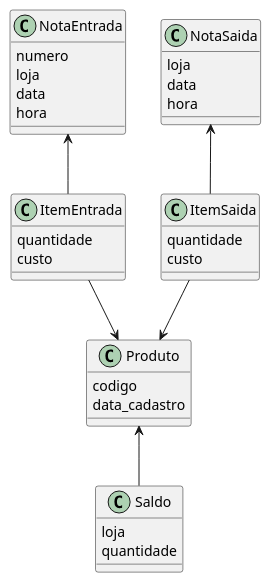
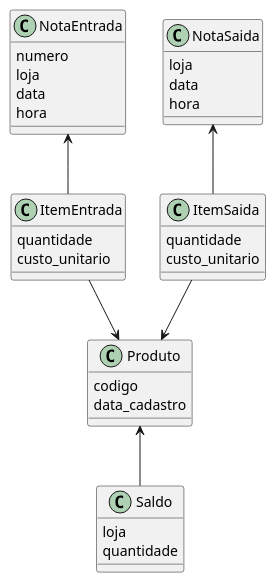
The diagram in diagramas/modelo.puml (ivaneyvieira/engEstoque-Archive), drawn with PlantUML before and after one commit.

Commit message:
Diagrama modelo

```diff
--- a/diagramas/modelo.puml
+++ b/diagramas/modelo.puml
@@ -1,40 +1,40 @@
 @startuml modelo
 class Produto{
 	codigo
 	data_cadastro
 }
 
 class ItemEntrada{
 	quantidade
-	custo
+	custo_unitario
 }
 
 class NotaEntrada{
 	numero
 	loja
 	data
 	hora
 }
 
 class ItemSaida{
 	quantidade
-	custo
+	custo_unitario
 }
 
 class NotaSaida{
 	loja
 	data
 	hora
 }
 
 class Saldo{
 	loja
 	quantidade
 }
 
 NotaEntrada	<-- ItemEntrada
 NotaSaida	<-- ItemSaida
 ItemEntrada	-->	Produto
 ItemSaida	-->	Produto
 Saldo		-u->	Produto
 @enduml
```
